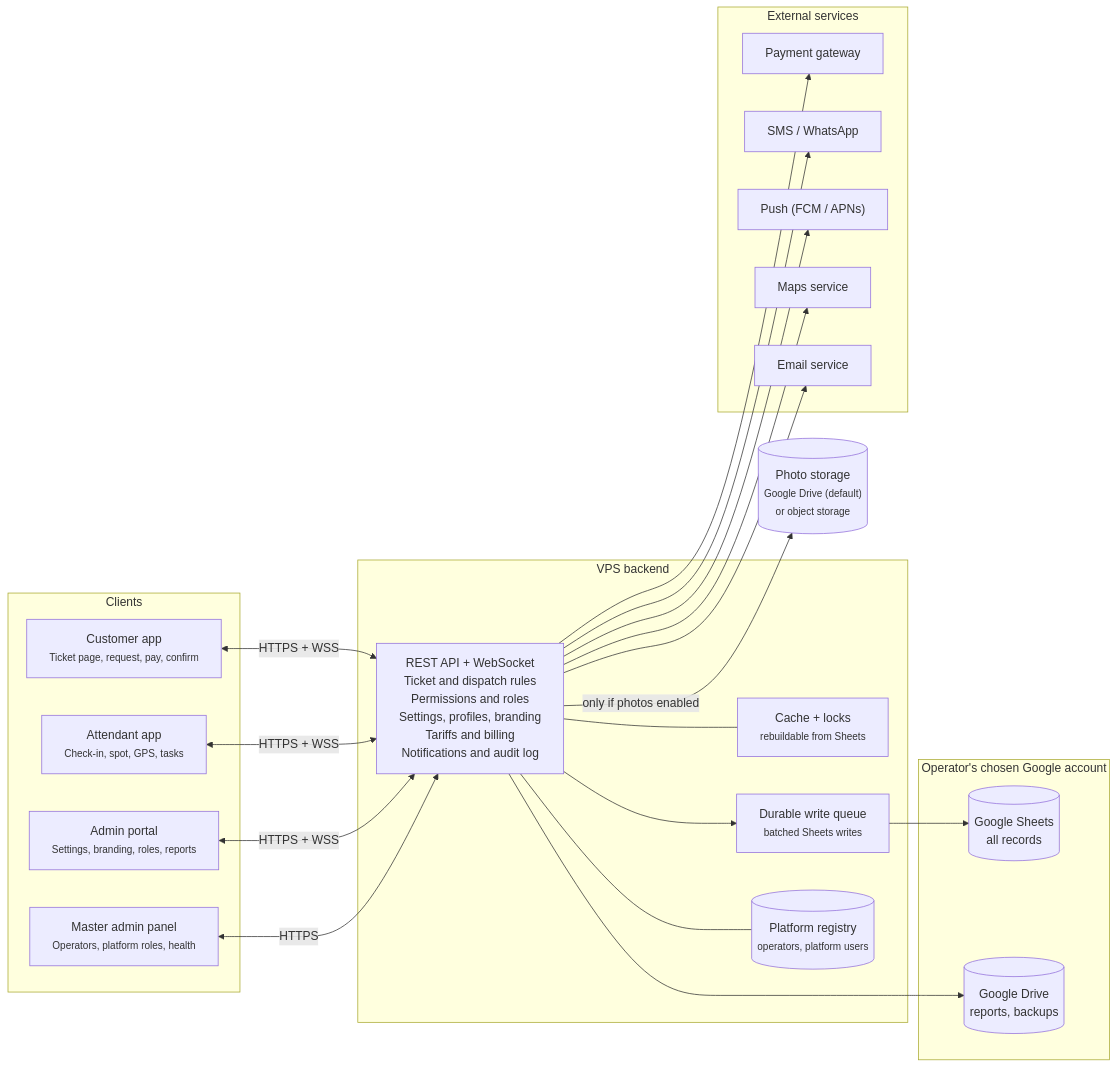
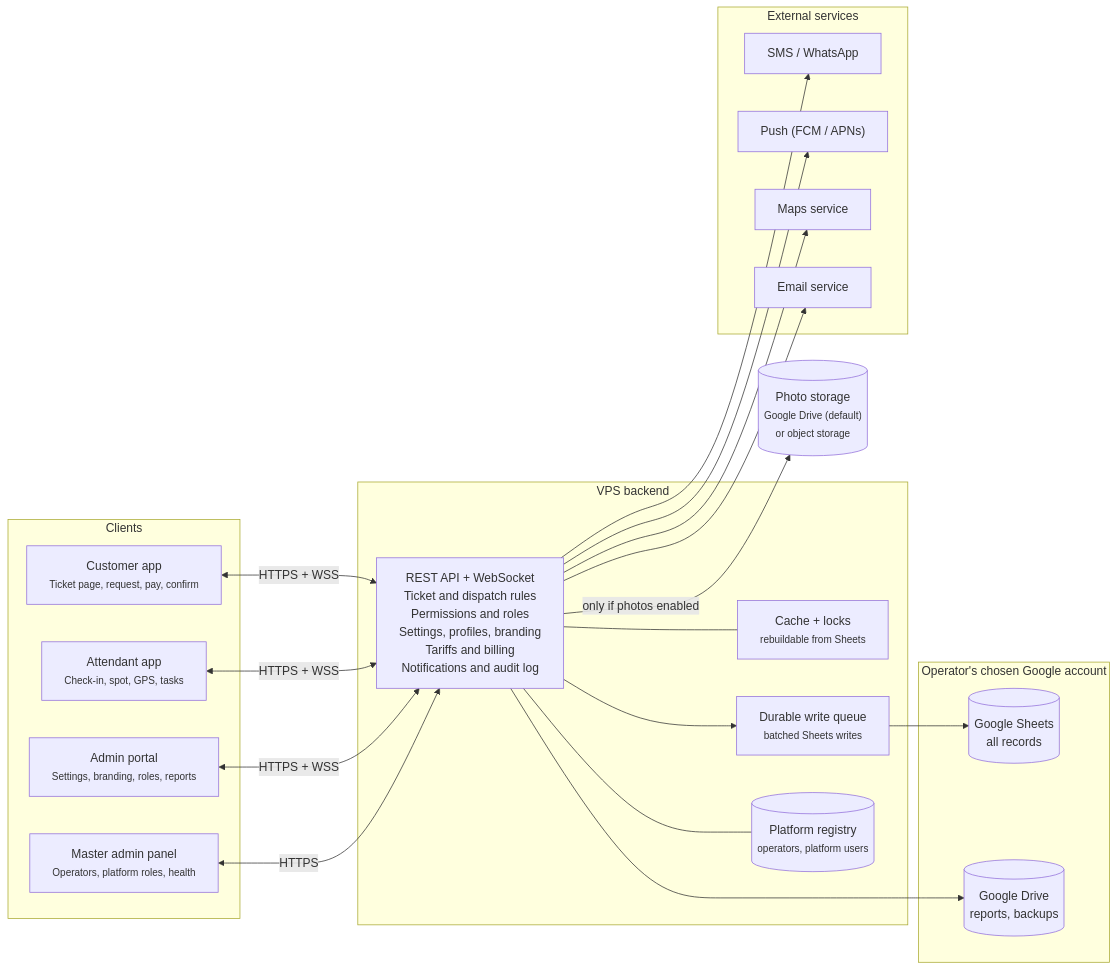
One commit to susheelsanagapalli/valet-parking-system changed the first of 2 diagrams in docs/SRS.md. Above: the diagram before and after it, drawn with Mermaid. The commit also changed other lines of this file and 1 other file, not shown here.

````diff
--- a/docs/SRS.md
+++ b/docs/SRS.md
@@ -102,42 +107,40 @@
 ```mermaid
 flowchart LR
     subgraph Clients
         C["Customer app<br/><small>Ticket page, request, pay, confirm</small>"]
         A["Attendant app<br/><small>Check-in, spot, GPS, tasks</small>"]
         P["Admin portal<br/><small>Settings, branding, roles, reports</small>"]
         M["Master admin panel<br/><small>Operators, platform roles, health</small>"]
     end
     subgraph Backend["VPS backend"]
         API["REST API + WebSocket<br/>Ticket and dispatch rules<br/>Permissions and roles<br/>Settings, profiles, branding<br/>Tariffs and billing<br/>Notifications and audit log"]
         CACHE["Cache + locks<br/><small>rebuildable from Sheets</small>"]
         QUEUE["Durable write queue<br/><small>batched Sheets writes</small>"]
         REG[("Platform registry<br/><small>operators, platform users</small>")]
         API --- CACHE
         API --> QUEUE
         API --- REG
     end
     subgraph Google["Operator's chosen Google account"]
         SHEETS[("Google Sheets<br/>all records")]
         DRIVE[("Google Drive<br/>reports, backups")]
     end
     PHOTO[("Photo storage<br/><small>Google Drive (default)<br/>or object storage</small>")]
     subgraph External["External services"]
-        PG[Payment gateway]
         SMS[SMS / WhatsApp]
         PUSH["Push (FCM / APNs)"]
         MAP[Maps service]
         MAIL[Email service]
     end
     C <-->|HTTPS + WSS| API
     A <-->|HTTPS + WSS| API
     P <-->|HTTPS + WSS| API
     M <-->|HTTPS| API
     QUEUE --> SHEETS
     API --> DRIVE
     API -->|only if photos enabled| PHOTO
-    API --> PG
     API --> SMS
     API --> PUSH
     API --> MAP
     API --> MAIL
 ```
````
